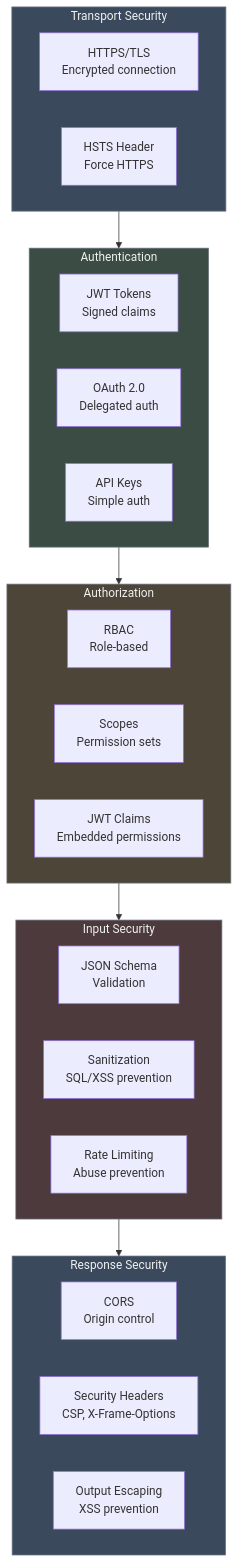
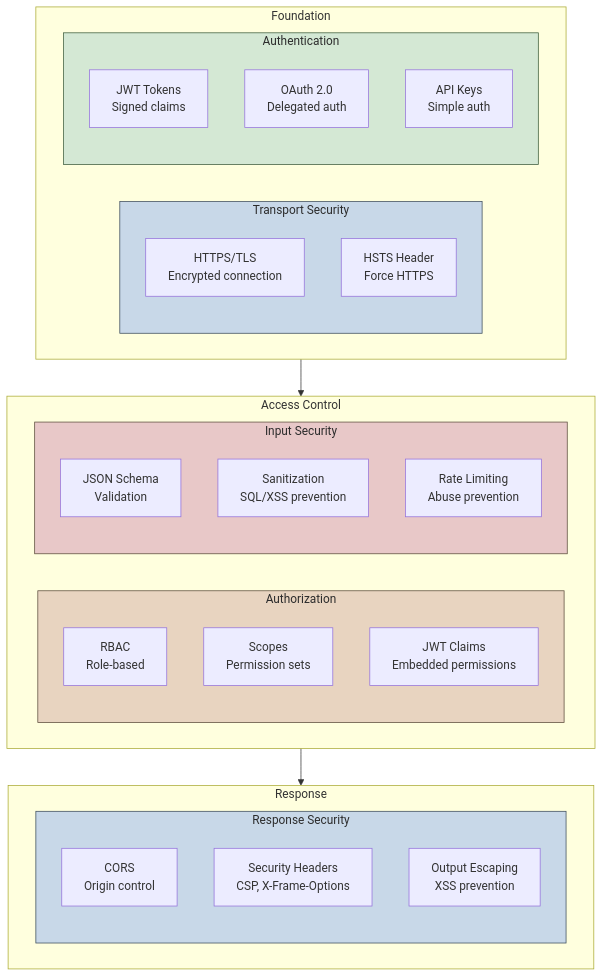
One commit to blackwell-systems/blog changed the diagram in book/manuscript/images/diagrams/mmd/chapter-11-api-design-diagram-13.mmd. Above: the diagram before and after it, drawn with Mermaid. The commit also changed 1 other file, not shown here.

Commit message:
Replace Chapter 11 diagram 13 with grid layout
Optimized API security layers diagram with 2x3 grid
- Old: 319x2108 (extremely tall and narrow)
- New: 784x1260 (40% shorter, much better proportions)
- Organized 5 layers into Foundation/Access Control/Response rows

```diff
--- a/book/manuscript/images/diagrams/mmd/chapter-11-api-design-diagram-13.mmd
+++ b/book/manuscript/images/diagrams/mmd/chapter-11-api-design-diagram-13.mmd
@@ -1,40 +1,45 @@
 flowchart TB
-    subgraph transport["Transport Security"]
-        https[HTTPS/TLS<br/>Encrypted connection]
-        hsts[HSTS Header<br/>Force HTTPS]
+    subgraph top["Foundation"]
+        direction LR
+        subgraph transport["Transport Security"]
+            https[HTTPS/TLS<br/>Encrypted connection]
+            hsts[HSTS Header<br/>Force HTTPS]
+        end
+        
+        subgraph auth["Authentication"]
+            jwt[JWT Tokens<br/>Signed claims]
+            oauth[OAuth 2.0<br/>Delegated auth]
+            apikey[API Keys<br/>Simple auth]
+        end
     end
     
-    subgraph auth["Authentication"]
-        jwt[JWT Tokens<br/>Signed claims]
-        oauth[OAuth 2.0<br/>Delegated auth]
-        apikey[API Keys<br/>Simple auth]
+    subgraph middle["Access Control"]
+        direction LR
+        subgraph authz["Authorization"]
+            rbac[RBAC<br/>Role-based]
+            scope[Scopes<br/>Permission sets]
+            claims[JWT Claims<br/>Embedded permissions]
+        end
+        
+        subgraph input["Input Security"]
+            validate[JSON Schema<br/>Validation]
+            sanitize[Sanitization<br/>SQL/XSS prevention]
+            ratelimit[Rate Limiting<br/>Abuse prevention]
+        end
     end
     
-    subgraph authz["Authorization"]
-        rbac[RBAC<br/>Role-based]
-        scope[Scopes<br/>Permission sets]
-        claims[JWT Claims<br/>Embedded permissions]
+    subgraph bottom["Response"]
+        subgraph response["Response Security"]
+            cors[CORS<br/>Origin control]
+            headers[Security Headers<br/>CSP, X-Frame-Options]
+            escape[Output Escaping<br/>XSS prevention]
+        end
     end
     
-    subgraph input["Input Security"]
-        validate[JSON Schema<br/>Validation]
-        sanitize[Sanitization<br/>SQL/XSS prevention]
-        ratelimit[Rate Limiting<br/>Abuse prevention]
-    end
+    top --> middle --> bottom
     
-    subgraph response["Response Security"]
-        cors[CORS<br/>Origin control]
-        headers[Security Headers<br/>CSP, X-Frame-Options]
-        escape[Output Escaping<br/>XSS prevention]
-    end
-    
-    transport --> auth
-    auth --> authz
-    authz --> input
-    input --> response
-    
-    style transport fill:#3A4A5C,stroke:#6b7280,color:#f0f0f0
-    style auth fill:#3A4C43,stroke:#6b7280,color:#f0f0f0
-    style authz fill:#4C4538,stroke:#6b7280,color:#f0f0f0
-    style input fill:#4C3A3C,stroke:#6b7280,color:#f0f0f0
-    style response fill:#3A4A5C,stroke:#6b7280,color:#f0f0f0
+    style transport fill:#C8D8E8,stroke:#3a4a5a,color:#2c2c2c
+    style auth fill:#D4E8D4,stroke:#3a5a3a,color:#2c2c2c
+    style authz fill:#E8D4C0,stroke:#5a4a3a,color:#2c2c2c
+    style input fill:#E8C8C8,stroke:#5a4a3a,color:#2c2c2c
+    style response fill:#C8D8E8,stroke:#3a4a5a,color:#2c2c2c
```
